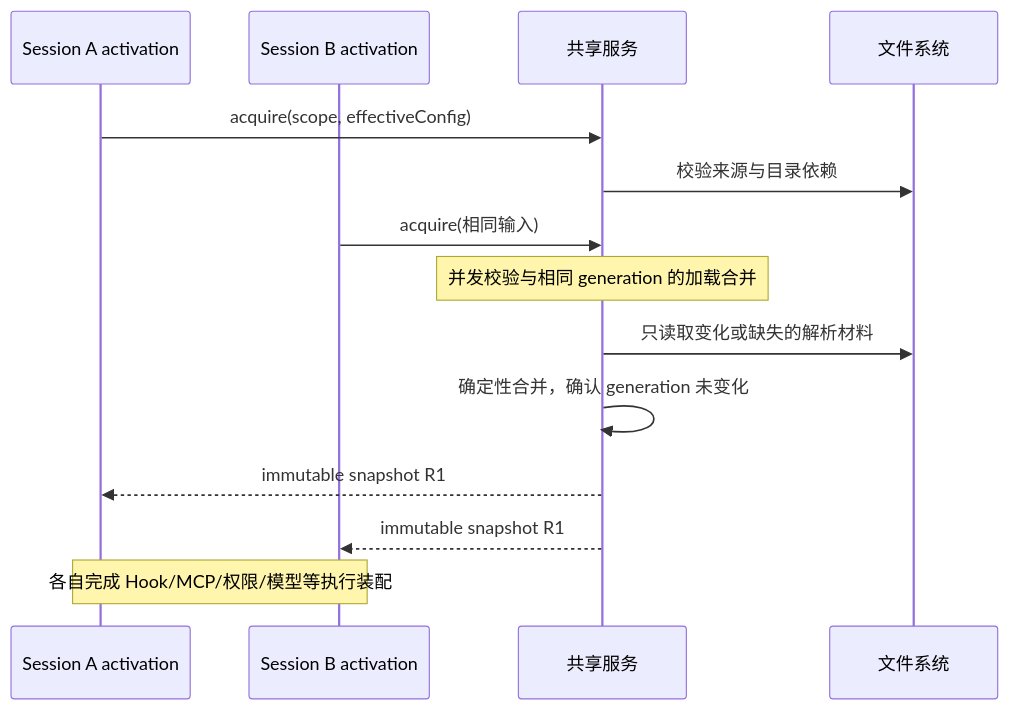
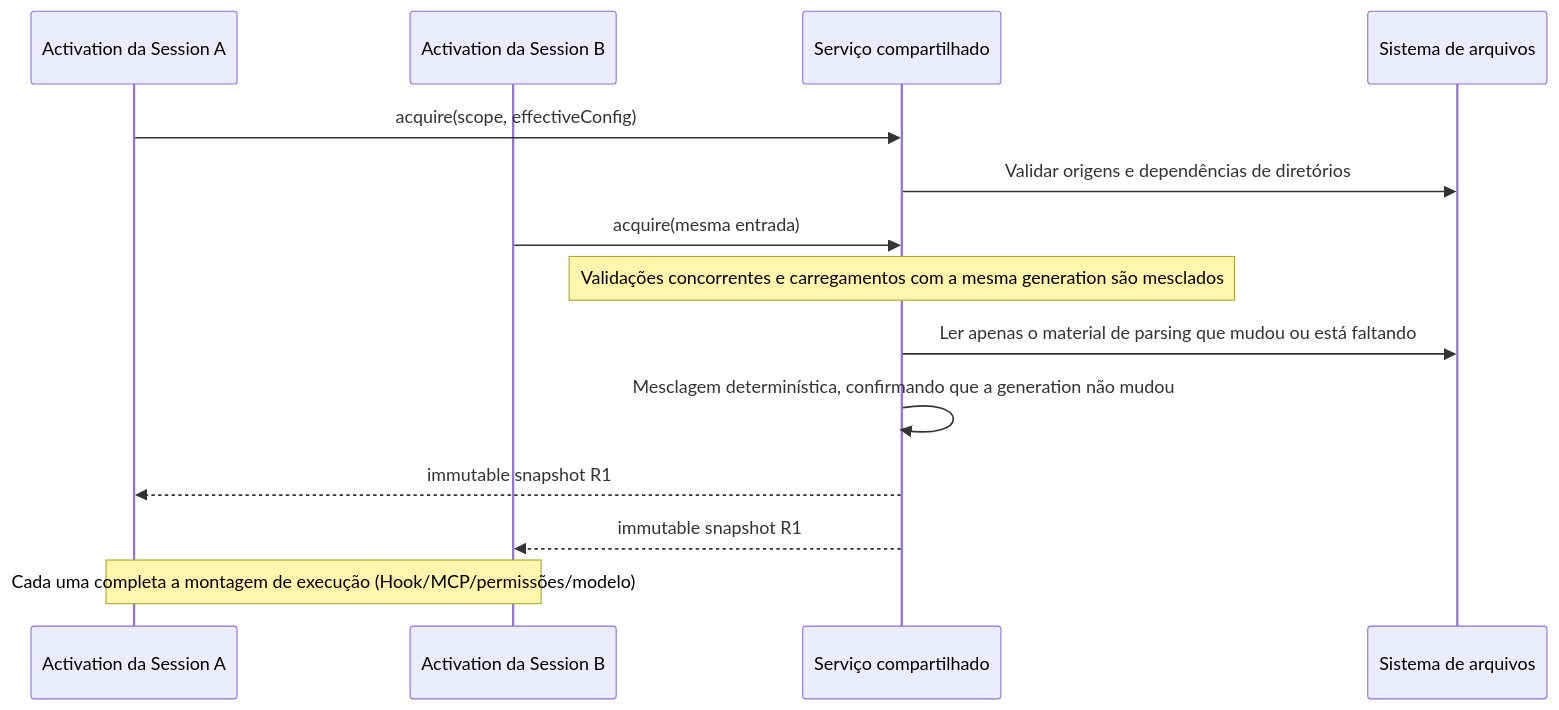
The second of 2 diagrams in docs/workspace-capability-discovery-cache.md (JoaoNetoDev/BR-Code), drawn with Mermaid before and after one commit. The commit also changed other lines of this file and 177 other files, not shown here.

````diff
--- a/docs/workspace-capability-discovery-cache.md
+++ b/docs/workspace-capability-discovery-cache.md
@@ -112,16 +112,16 @@
 ```mermaid
 sequenceDiagram
-    participant A as Session A activation
-    participant B as Session B activation
-    participant C as 共享服务
-    participant F as 文件系统
+    participant A as Activation da Session A
+    participant B as Activation da Session B
+    participant C as Serviço compartilhado
+    participant F as Sistema de arquivos
     A->>C: acquire(scope, effectiveConfig)
-    C->>F: 校验来源与目录依赖
-    B->>C: acquire(相同输入)
-    Note over C: 并发校验与相同 generation 的加载合并
-    C->>F: 只读取变化或缺失的解析材料
-    C->>C: 确定性合并，确认 generation 未变化
+    C->>F: Validar origens e dependências de diretórios
+    B->>C: acquire(mesma entrada)
+    Note over C: Validações concorrentes e carregamentos com a mesma generation são mesclados
+    C->>F: Ler apenas o material de parsing que mudou ou está faltando
+    C->>C: Mesclagem determinística, confirmando que a generation não mudou
     C-->>A: immutable snapshot R1
     C-->>B: immutable snapshot R1
-    Note over A,B: 各自完成 Hook/MCP/权限/模型等执行装配
+    Note over A,B: Cada uma completa a montagem de execução (Hook/MCP/permissões/modelo)
 ```
````
